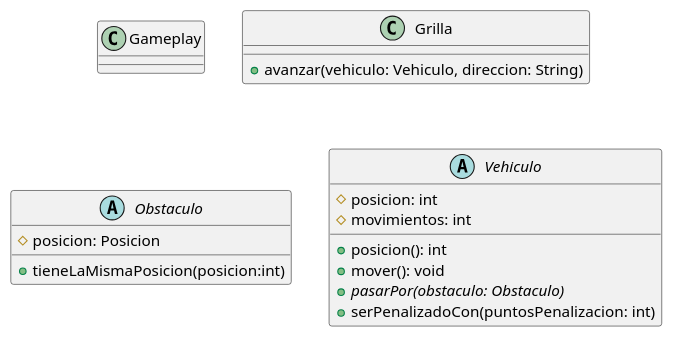
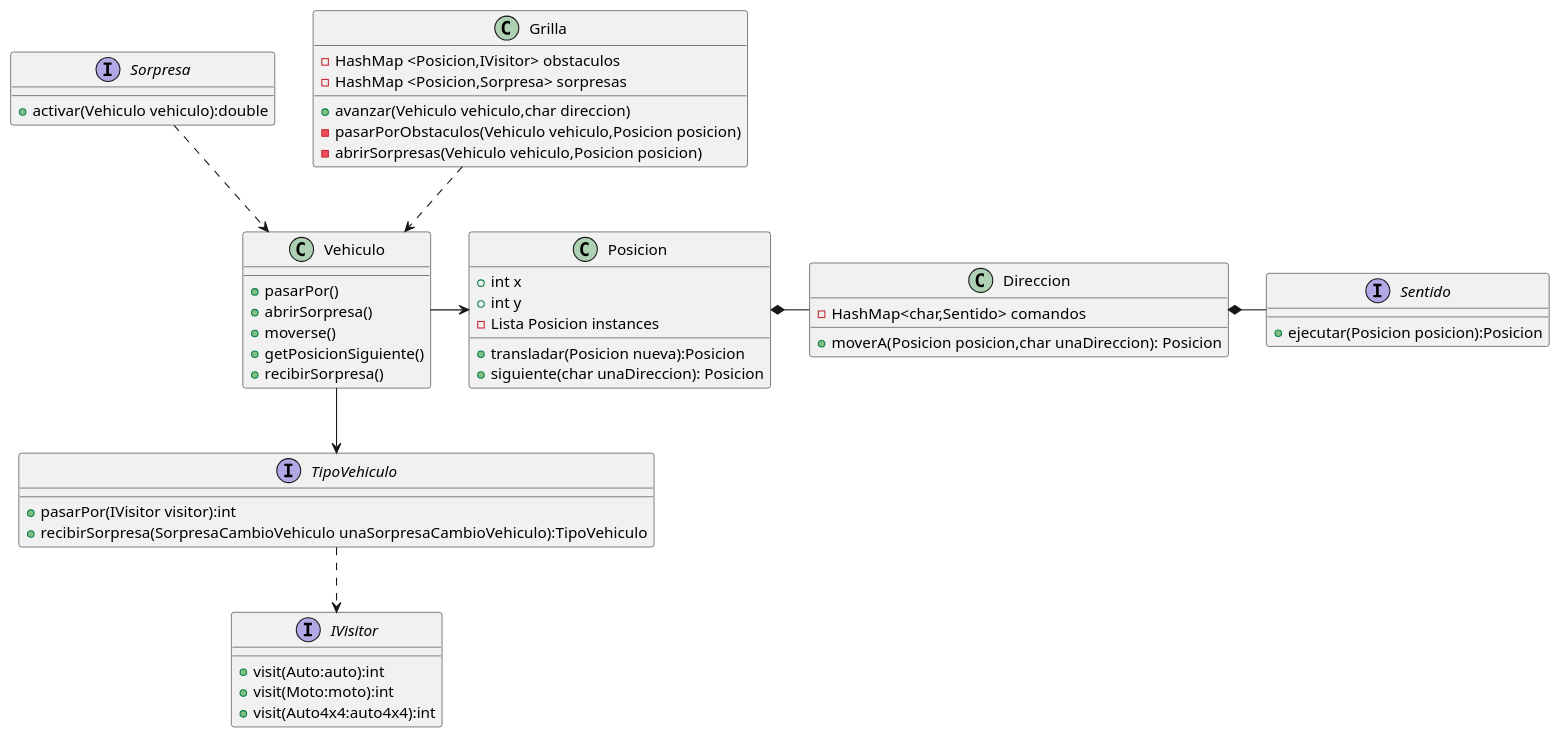
Before and after one commit to Dolo-pavon01/gpsChallenge: the diagram in diagrams/classes/entrega 2/Modelo General.puml, drawn with PlantUML. The commit also changed 3 other files, not shown here.

Commit message:
diagramas actualizados

```diff
--- a/diagrams/classes/entrega 2/Modelo General.puml
+++ b/diagrams/classes/entrega 2/Modelo General.puml
@@ -1,24 +1,65 @@
 @startuml
 'https://plantuml.com/class-diagram
 
-class Gameplay {}
-
-class Grilla {
-    + avanzar(vehiculo: Vehiculo, direccion: String)
-}
-abstract class Obstaculo {
-    # posicion: Posicion
-    + tieneLaMismaPosicion(posicion:int)
+class Vehiculo
+{
+    +pasarPor()
+    +abrirSorpresa()
+    +moverse()
+    +getPosicionSiguiente()
+    +recibirSorpresa()
 }
 
-abstract class Vehiculo {
-    # posicion: int
-    # movimientos: int
-    + posicion(): int
-    + mover(): void
-    + {abstract} pasarPor(obstaculo: Obstaculo)
-    + serPenalizadoCon(puntosPenalizacion: int)
+interface Sentido
+{
+    +ejecutar(Posicion posicion):Posicion
 }
+interface TipoVehiculo
+{
+    + pasarPor(IVisitor visitor):int
+    + recibirSorpresa(SorpresaCambioVehiculo unaSorpresaCambioVehiculo):TipoVehiculo
+}
+class Direccion
+{
+    -HashMap<char,Sentido> comandos
+    +moverA(Posicion posicion,char unaDireccion): Posicion
+}
+class Posicion
+{
+    + int x
+    + int y
+    - Lista Posicion instances
+    +transladar(Posicion nueva):Posicion
+    +siguiente(char unaDireccion): Posicion
+
+}
+interface Sorpresa
+{
+    +activar(Vehiculo vehiculo):double
+}
+interface IVisitor
+{
+    +visit(Auto:auto):int
+    +visit(Moto:moto):int
+    +visit(Auto4x4:auto4x4):int
+}
+class Grilla
+{
+- HashMap <Posicion,IVisitor> obstaculos
+- HashMap <Posicion,Sorpresa> sorpresas
++ avanzar(Vehiculo vehiculo,char direccion)
+- pasarPorObstaculos(Vehiculo vehiculo,Posicion posicion)
+- abrirSorpresas(Vehiculo vehiculo,Posicion posicion)
+}
+
+Vehiculo -> Posicion
+Vehiculo --> TipoVehiculo
+Grilla ..>Vehiculo
+Posicion *- Direccion
+Direccion *- Sentido
+TipoVehiculo ..> IVisitor
+Sorpresa ..> Vehiculo
+
 
 
 @enduml
```
